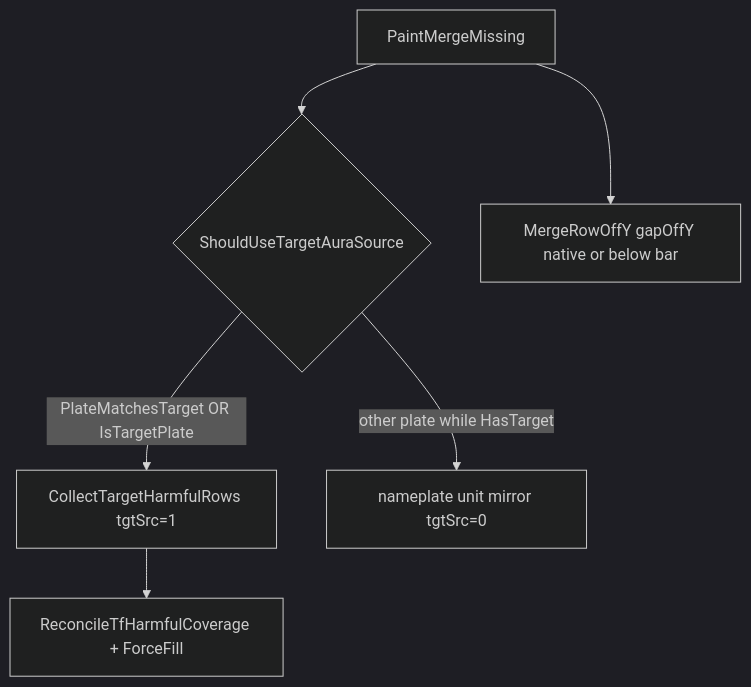
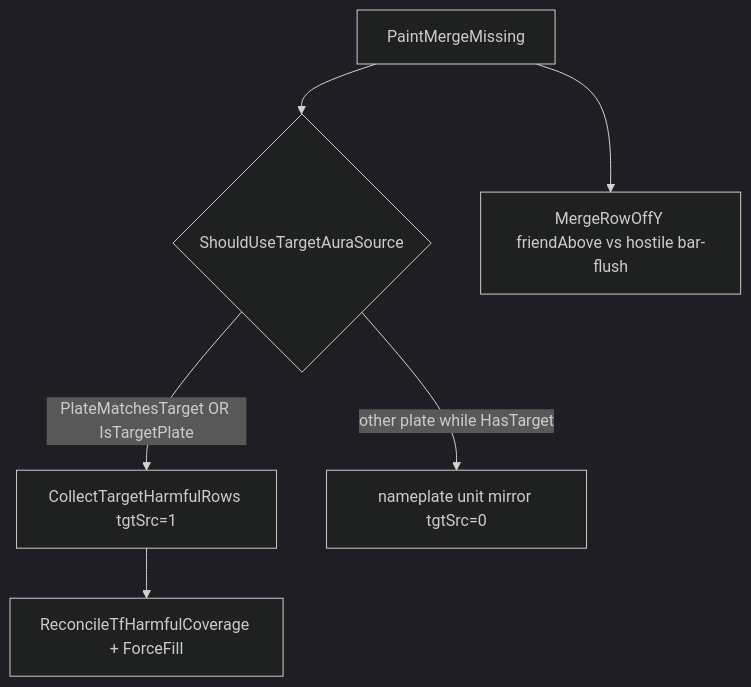
The third of 4 diagrams in addons/Plateband/Docs/loops.md (sirTurbisCZ/wow-forever-addons), drawn with Mermaid (dark theme) before and after one commit. The commit also changed other lines of this file and 6 other files, not shown here.

First line of the commit message:
fix(Plateband): friend merge row above name, not below bar (0.3.24)

````diff
--- a/addons/Plateband/Docs/loops.md
+++ b/addons/Plateband/Docs/loops.md
@@ -39,8 +39,8 @@
 ```mermaid
 flowchart TD
   paint[PaintMergeMissing] --> gate{ShouldUseTargetAuraSource}
   gate -->|PlateMatchesTarget OR IsTargetPlate| tf[CollectTargetHarmfulRows tgtSrc=1]
   gate -->|other plate while HasTarget| unit[nameplate unit mirror tgtSrc=0]
   tf --> parity[ReconcileTfHarmfulCoverage + ForceFill]
-  paint --> offy[MergeRowOffY gapOffY native or below bar]
+  paint --> offy[MergeRowOffY friendAbove vs hostile bar-flush]
 ```
````
